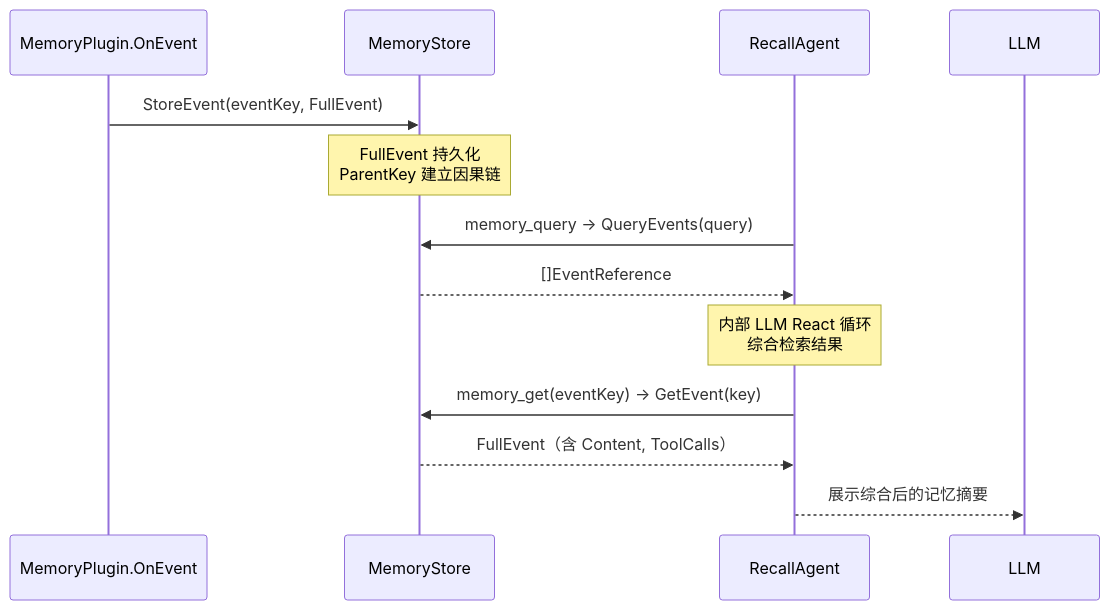
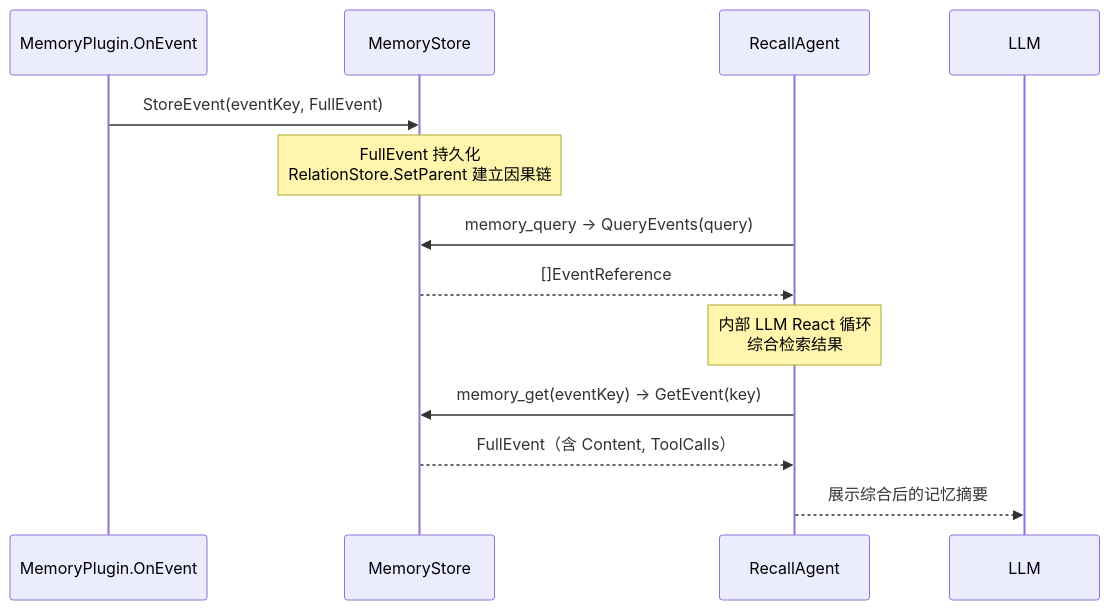
The fifth of 5 diagrams in docs/wiki/memory/memory-architecture.md (SpellingDragon/tagent), drawn with Mermaid before and after one commit. The commit also changed other lines of this file and 109 other files, not shown here.

````diff
--- a/docs/wiki/memory/memory-architecture.md
+++ b/docs/wiki/memory/memory-architecture.md
@@ -648,18 +694,18 @@
 ```mermaid
 sequenceDiagram
     participant MP as MemoryPlugin.OnEvent
     participant MS as MemoryStore
     participant RA as RecallAgent
     participant LLM as LLM
 
     MP->>MS: StoreEvent(eventKey, FullEvent)
-    Note over MS: FullEvent 持久化<br/>ParentKey 建立因果链
+    Note over MS: FullEvent 持久化<br/>RelationStore.SetParent 建立因果链
 
     RA->>MS: memory_query → QueryEvents(query)
     MS-->>RA: []EventReference
     Note over RA: 内部 LLM React 循环<br/>综合检索结果
 
     RA->>MS: memory_get(eventKey) → GetEvent(key)
     MS-->>RA: FullEvent（含 Content, ToolCalls）
     RA-->>LLM: 展示综合后的记忆摘要
 ```
````
